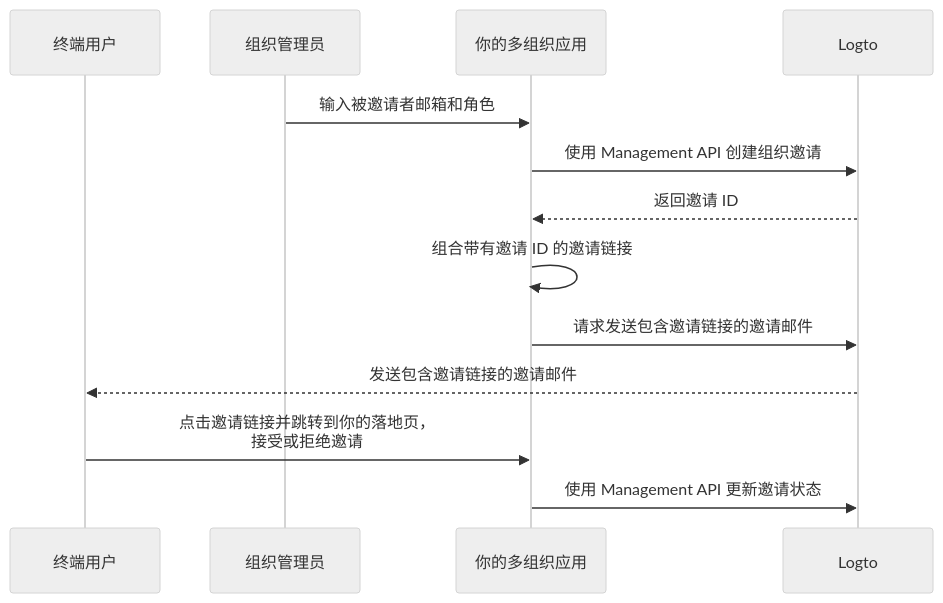
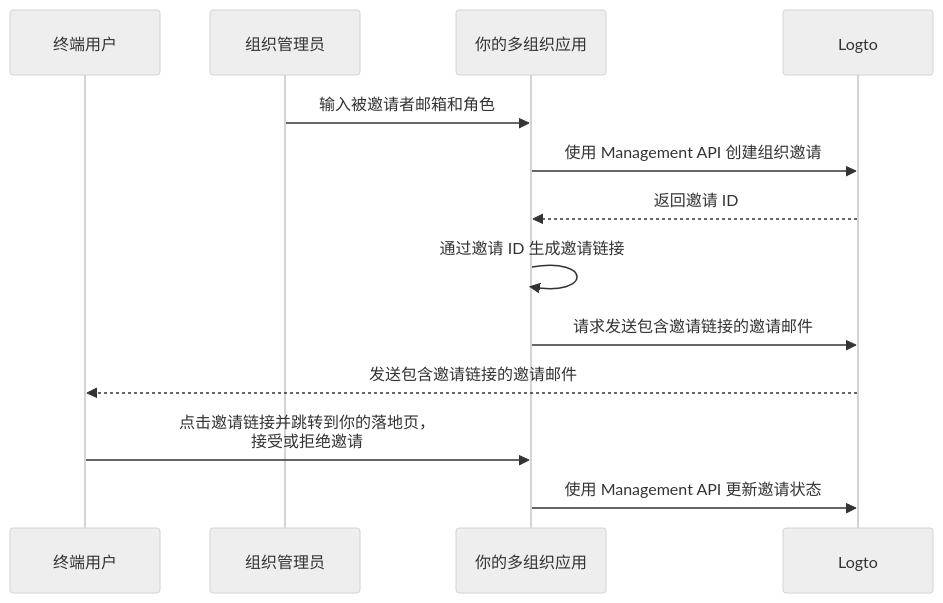
One commit to logto-io/docs changed the diagram in i18n/zh-CN/docusaurus-plugin-content-docs/current/end-user-flows/organization-experience/invite-organization-members.mdx. Above: the diagram before and after it, drawn with Mermaid (neutral theme). The commit also changed other lines of this file and 54 other files, not shown here.

````diff
--- a/i18n/zh-CN/docusaurus-plugin-content-docs/current/end-user-flows/organization-experience/invite-organization-members.mdx
+++ b/i18n/zh-CN/docusaurus-plugin-content-docs/current/end-user-flows/organization-experience/invite-organization-members.mdx
@@ -13,16 +13,16 @@
 ```mermaid
 sequenceDiagram
 	Participant U as 终端用户
   Participant A as 组织管理员
   Participant C as 你的多组织应用
 	Participant L as Logto
 
   A ->> C: 输入被邀请者邮箱和角色
   C ->> L: 使用 Management API 创建组织邀请
   L -->> C: 返回邀请 ID
-  C ->> C: 组合带有邀请 ID 的邀请链接
+  C ->> C: 通过邀请 ID 生成邀请链接
   C ->> L: 请求发送包含邀请链接的邀请邮件
   L -->> U: 发送包含邀请链接的邀请邮件
   U ->> C: 点击邀请链接并跳转到你的落地页，<br /> 接受或拒绝邀请
   C ->> L: 使用 Management API 更新邀请状态
 ```
````
